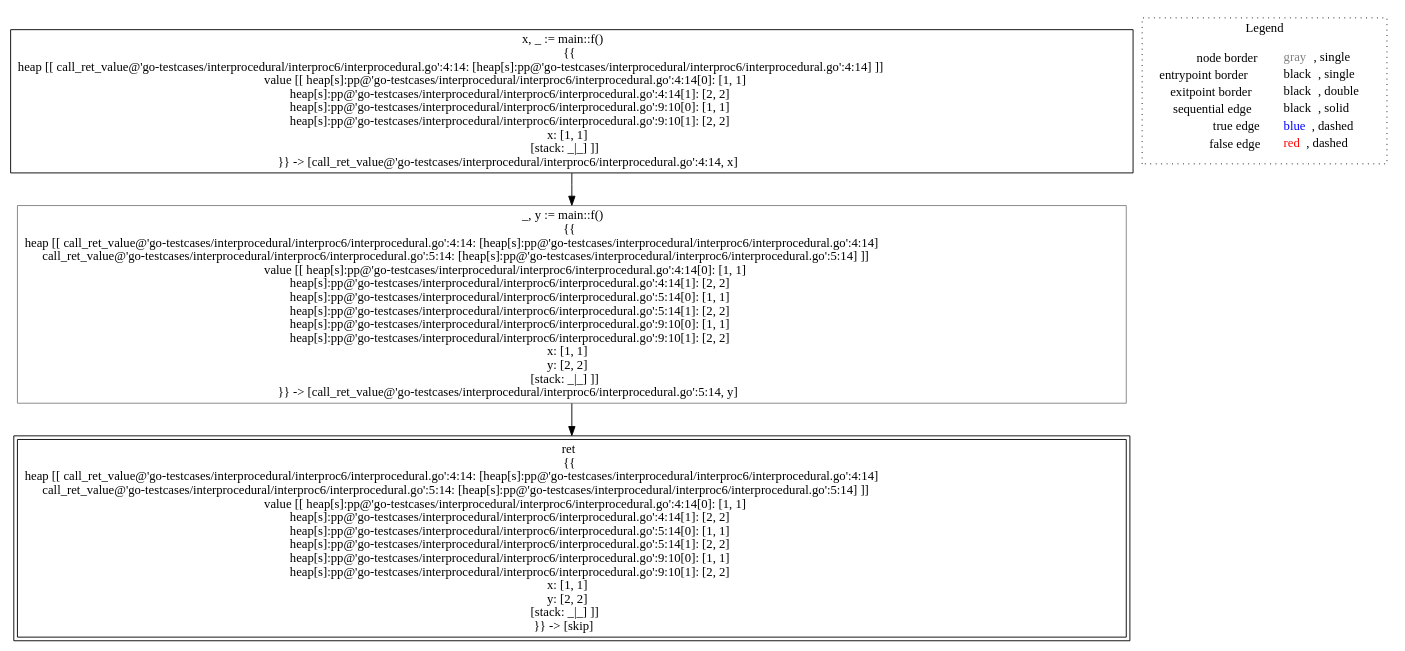
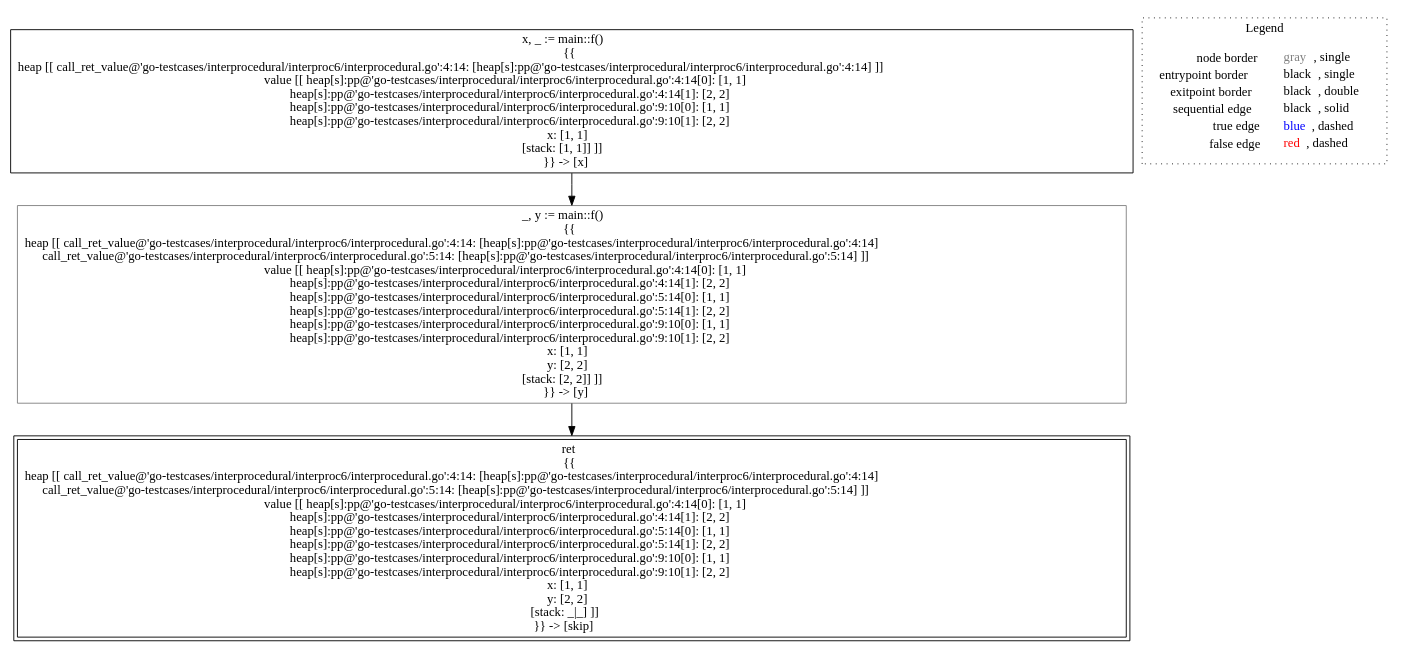
One commit to lisa-analyzer/go-lisa changed the diagram in go-lisa/go-testcases/interprocedural/interproc6/analysis___untyped_main.main().dot. Above: the diagram before and after it, drawn with Graphviz. The commit also changed 15 other files, not shown here.

```diff
--- a/go-lisa/go-testcases/interprocedural/interproc6/analysis___untyped_main.main().dot
+++ b/go-lisa/go-testcases/interprocedural/interproc6/analysis___untyped_main.main().dot
@@ -1,14 +1,14 @@
 digraph {
-	"node0" [shape="rect",color="black",label=<x, _ := main::f()<BR/>{{<BR/>heap [[ call_ret_value@'go-testcases/interprocedural/interproc6/interprocedural.go':4:14: [heap[s]:pp@'go-testcases/interprocedural/interproc6/interprocedural.go':4:14] ]]<BR/>value [[ heap[s]:pp@'go-testcases/interprocedural/interproc6/interprocedural.go':4:14[0]: [1, 1]<BR/>heap[s]:pp@'go-testcases/interprocedural/interproc6/interprocedural.go':4:14[1]: [2, 2]<BR/>heap[s]:pp@'go-testcases/interprocedural/interproc6/interprocedural.go':9:10[0]: [1, 1]<BR/>heap[s]:pp@'go-testcases/interprocedural/interproc6/interprocedural.go':9:10[1]: [2, 2]<BR/>x: [1, 1]<BR/>[stack: _|_] ]]<BR/>}} -&gt; [call_ret_value@'go-testcases/interprocedural/interproc6/interprocedural.go':4:14, x]>];
-	"node1" [shape="rect",color="gray",label=<_, y := main::f()<BR/>{{<BR/>heap [[ call_ret_value@'go-testcases/interprocedural/interproc6/interprocedural.go':4:14: [heap[s]:pp@'go-testcases/interprocedural/interproc6/interprocedural.go':4:14]<BR/>call_ret_value@'go-testcases/interprocedural/interproc6/interprocedural.go':5:14: [heap[s]:pp@'go-testcases/interprocedural/interproc6/interprocedural.go':5:14] ]]<BR/>value [[ heap[s]:pp@'go-testcases/interprocedural/interproc6/interprocedural.go':4:14[0]: [1, 1]<BR/>heap[s]:pp@'go-testcases/interprocedural/interproc6/interprocedural.go':4:14[1]: [2, 2]<BR/>heap[s]:pp@'go-testcases/interprocedural/interproc6/interprocedural.go':5:14[0]: [1, 1]<BR/>heap[s]:pp@'go-testcases/interprocedural/interproc6/interprocedural.go':5:14[1]: [2, 2]<BR/>heap[s]:pp@'go-testcases/interprocedural/interproc6/interprocedural.go':9:10[0]: [1, 1]<BR/>heap[s]:pp@'go-testcases/interprocedural/interproc6/interprocedural.go':9:10[1]: [2, 2]<BR/>x: [1, 1]<BR/>y: [2, 2]<BR/>[stack: _|_] ]]<BR/>}} -&gt; [call_ret_value@'go-testcases/interprocedural/interproc6/interprocedural.go':5:14, y]>];
+	"node0" [shape="rect",color="black",label=<x, _ := main::f()<BR/>{{<BR/>heap [[ call_ret_value@'go-testcases/interprocedural/interproc6/interprocedural.go':4:14: [heap[s]:pp@'go-testcases/interprocedural/interproc6/interprocedural.go':4:14] ]]<BR/>value [[ heap[s]:pp@'go-testcases/interprocedural/interproc6/interprocedural.go':4:14[0]: [1, 1]<BR/>heap[s]:pp@'go-testcases/interprocedural/interproc6/interprocedural.go':4:14[1]: [2, 2]<BR/>heap[s]:pp@'go-testcases/interprocedural/interproc6/interprocedural.go':9:10[0]: [1, 1]<BR/>heap[s]:pp@'go-testcases/interprocedural/interproc6/interprocedural.go':9:10[1]: [2, 2]<BR/>x: [1, 1]<BR/>[stack: [1, 1]] ]]<BR/>}} -&gt; [x]>];
+	"node1" [shape="rect",color="gray",label=<_, y := main::f()<BR/>{{<BR/>heap [[ call_ret_value@'go-testcases/interprocedural/interproc6/interprocedural.go':4:14: [heap[s]:pp@'go-testcases/interprocedural/interproc6/interprocedural.go':4:14]<BR/>call_ret_value@'go-testcases/interprocedural/interproc6/interprocedural.go':5:14: [heap[s]:pp@'go-testcases/interprocedural/interproc6/interprocedural.go':5:14] ]]<BR/>value [[ heap[s]:pp@'go-testcases/interprocedural/interproc6/interprocedural.go':4:14[0]: [1, 1]<BR/>heap[s]:pp@'go-testcases/interprocedural/interproc6/interprocedural.go':4:14[1]: [2, 2]<BR/>heap[s]:pp@'go-testcases/interprocedural/interproc6/interprocedural.go':5:14[0]: [1, 1]<BR/>heap[s]:pp@'go-testcases/interprocedural/interproc6/interprocedural.go':5:14[1]: [2, 2]<BR/>heap[s]:pp@'go-testcases/interprocedural/interproc6/interprocedural.go':9:10[0]: [1, 1]<BR/>heap[s]:pp@'go-testcases/interprocedural/interproc6/interprocedural.go':9:10[1]: [2, 2]<BR/>x: [1, 1]<BR/>y: [2, 2]<BR/>[stack: [2, 2]] ]]<BR/>}} -&gt; [y]>];
 	"node2" [shape="rect",color="black",peripheries="2",label=<ret<BR/>{{<BR/>heap [[ call_ret_value@'go-testcases/interprocedural/interproc6/interprocedural.go':4:14: [heap[s]:pp@'go-testcases/interprocedural/interproc6/interprocedural.go':4:14]<BR/>call_ret_value@'go-testcases/interprocedural/interproc6/interprocedural.go':5:14: [heap[s]:pp@'go-testcases/interprocedural/interproc6/interprocedural.go':5:14] ]]<BR/>value [[ heap[s]:pp@'go-testcases/interprocedural/interproc6/interprocedural.go':4:14[0]: [1, 1]<BR/>heap[s]:pp@'go-testcases/interprocedural/interproc6/interprocedural.go':4:14[1]: [2, 2]<BR/>heap[s]:pp@'go-testcases/interprocedural/interproc6/interprocedural.go':5:14[0]: [1, 1]<BR/>heap[s]:pp@'go-testcases/interprocedural/interproc6/interprocedural.go':5:14[1]: [2, 2]<BR/>heap[s]:pp@'go-testcases/interprocedural/interproc6/interprocedural.go':9:10[0]: [1, 1]<BR/>heap[s]:pp@'go-testcases/interprocedural/interproc6/interprocedural.go':9:10[1]: [2, 2]<BR/>x: [1, 1]<BR/>y: [2, 2]<BR/>[stack: _|_] ]]<BR/>}} -&gt; [skip]>];
 	"node1" -> "node2" [color="black"];
 	"node0" -> "node1" [color="black"];
 subgraph cluster_legend {
 	label="Legend";
 	style=dotted;
 	node [shape=plaintext];
 	"legend" [label=<<table border="0" cellpadding="2" cellspacing="0" cellborder="0"><tr><td align="right">node border&nbsp;</td><td align="left"><font color="gray">gray</font>, single</td></tr><tr><td align="right">entrypoint border&nbsp;</td><td align="left"><font color="black">black</font>, single</td></tr><tr><td align="right">exitpoint border&nbsp;</td><td align="left"><font color="black">black</font>, double</td></tr><tr><td align="right">sequential edge&nbsp;</td><td align="left"><font color="black">black</font>, solid</td></tr><tr><td align="right">true edge&nbsp;</td><td align="left"><font color="blue">blue</font>, dashed</td></tr><tr><td align="right">false edge&nbsp;</td><td align="left"><font color="red">red</font>, dashed</td></tr></table>>];
 }
 
 }
```
